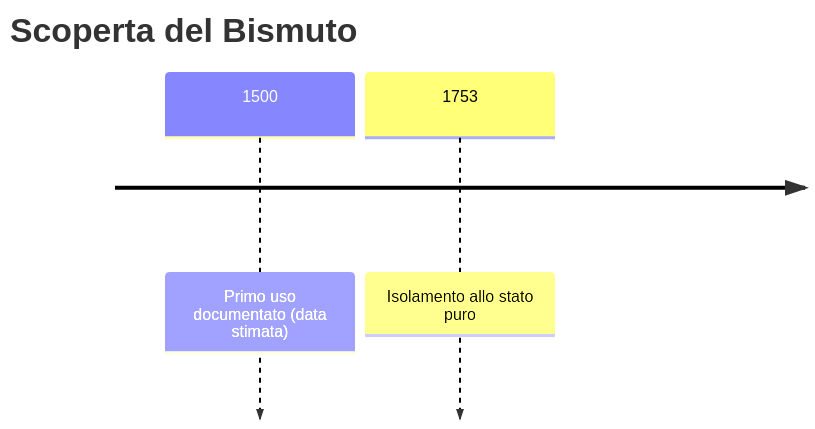
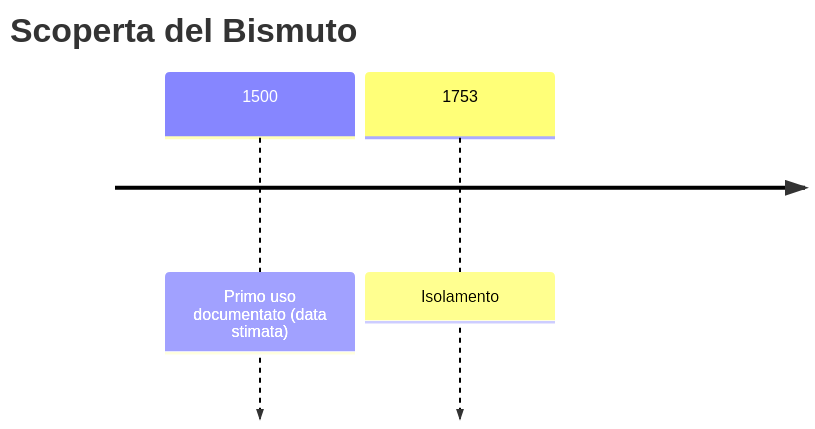
One commit to gianlucaciarcelluti/elements-caos changed the first of 3 diagrams in vault/Elementi/Bismuto.md. Above: the diagram before and after it, drawn with Mermaid. The commit also changed 56 other files, not shown here.

````diff
--- a/vault/Elementi/Bismuto.md
+++ b/vault/Elementi/Bismuto.md
@@ -28,6 +28,6 @@
 ```mermaid
 timeline
     title Scoperta del Bismuto
     1500 : Primo uso documentato (data stimata)
-    1753 : Isolamento allo stato puro
+    1753 : Isolamento
 ```
````
